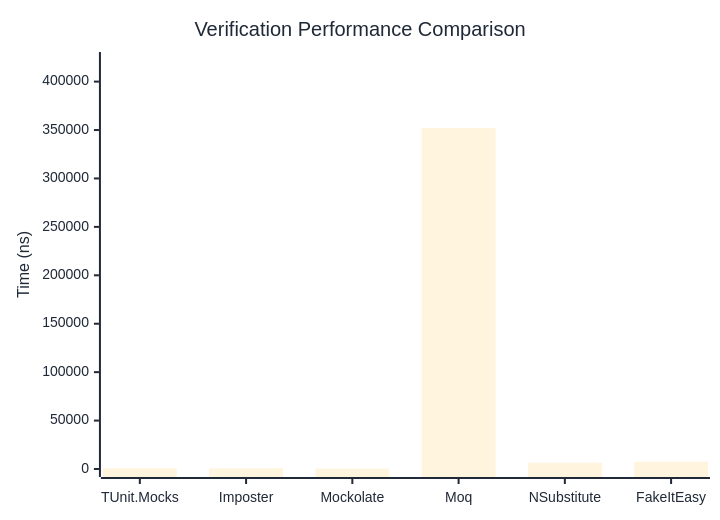
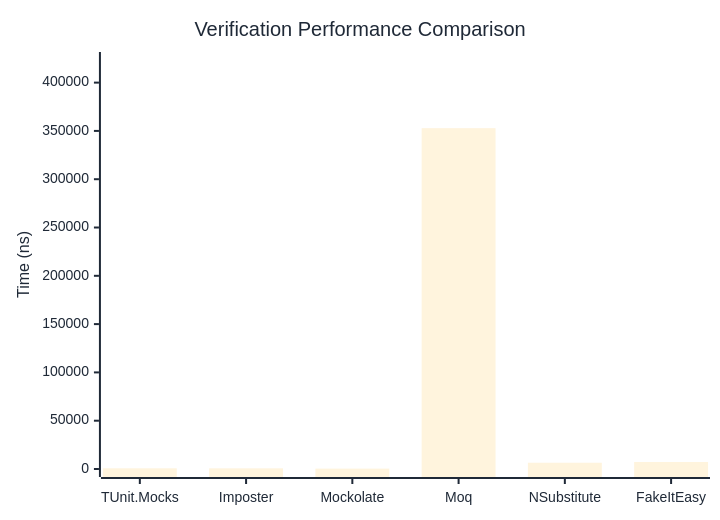
The first of 3 diagrams in docs/docs/benchmarks/mocks/Verification.md (thomhurst/TUnit), drawn with Mermaid before and after one commit. The commit also changed other lines of this file and 14 other files, not shown here.

````diff
--- a/docs/docs/benchmarks/mocks/Verification.md
+++ b/docs/docs/benchmarks/mocks/Verification.md
@@ -30,27 +30,27 @@
 ```mermaid
 %%{init: {
   'theme':'base',
   'themeVariables': {
     'primaryColor': '#2563eb',
     'primaryTextColor': '#1f2937',
     'primaryBorderColor': '#1e40af',
     'lineColor': '#6b7280',
     'secondaryColor': '#7c3aed',
     'tertiaryColor': '#dc2626',
     'background': '#ffffff',
     'pie1': '#2563eb',
     'pie2': '#7c3aed',
     'pie3': '#dc2626',
     'pie4': '#f59e0b',
     'pie5': '#10b981',
     'pie6': '#06b6d4',
     'pie7': '#ec4899',
     'pie8': '#6366f1'
   }
 }}%%
 xychart-beta
   title "Verification Performance Comparison"
   x-axis ["TUnit.Mocks", "Imposter", "Mockolate", "Moq", "NSubstitute", "FakeItEasy"]
-  y-axis "Time (ns)" 0 --> 422315
-  bar [775.39, 703, 427.02, 351928.62, 6500.53, 7546.04]
+  y-axis "Time (ns)" 0 --> 423414
+  bar [707.81, 703.16, 400.61, 352844.43, 6489.29, 7250.42]
 ```
````
